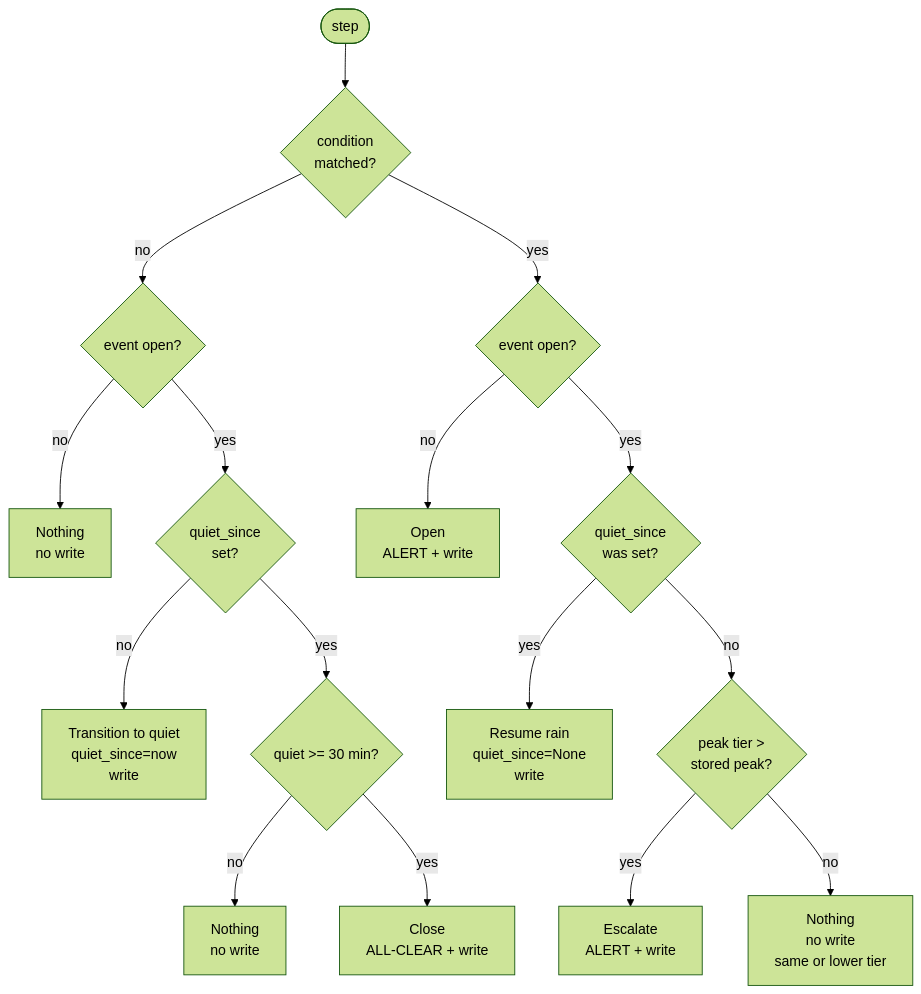
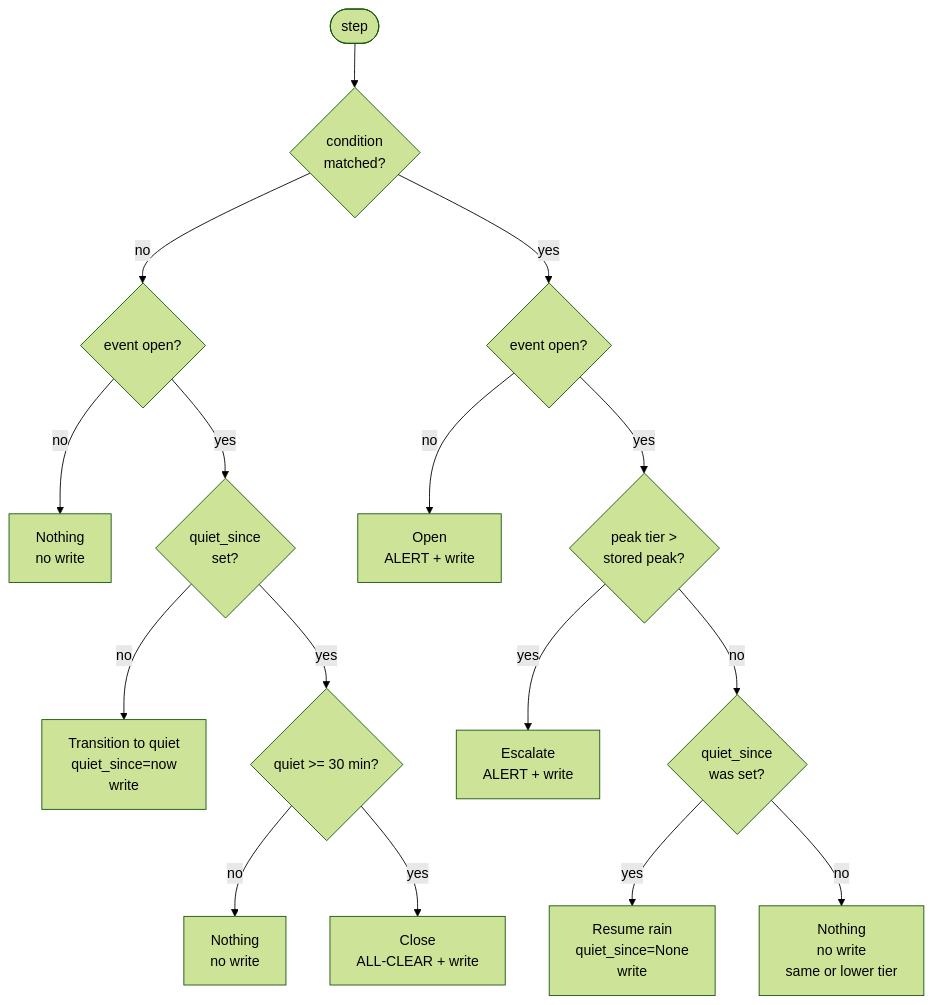
Before and after one commit to henius98/WeatherAlert: the second of 6 diagrams in FLOW.md, drawn with Mermaid (forest theme). The commit also changed other lines of this file and 1 other file, not shown here.

Commit message:
docs(flow): update diagrams and align settings validation

````diff
--- a/FLOW.md
+++ b/FLOW.md
@@ -124,20 +124,20 @@
 ```mermaid
 flowchart TD
     S([step]) --> M{condition<br/>matched?}
 
     M -->|no| O1{event open?}
     O1 -->|no| N1[Nothing<br/>no write]
     O1 -->|yes| QS{quiet_since<br/>set?}
     QS -->|no| TR[Transition to quiet<br/>quiet_since=now<br/>write]
     QS -->|yes| Q{quiet >= 30 min?}
     Q -->|no| N2[Nothing<br/>no write]
     Q -->|yes| CL[Close<br/>ALL-CLEAR + write]
 
     M -->|yes| O2{event open?}
     O2 -->|no| OP[Open<br/>ALERT + write]
-    O2 -->|yes| R{quiet_since<br/>was set?}
+    O2 -->|yes| T{peak tier ><br/>stored peak?}
+    T -->|yes| ES[Escalate<br/>ALERT + write]
+    T -->|no| R{quiet_since<br/>was set?}
     R -->|yes| RS[Resume rain<br/>quiet_since=None<br/>write]
-    R -->|no| T{peak tier ><br/>stored peak?}
-    T -->|yes| ES[Escalate<br/>ALERT + write]
-    T -->|no| N3[Nothing<br/>no write<br/>same or lower tier]
+    R -->|no| N3[Nothing<br/>no write<br/>same or lower tier]
 ```
````
